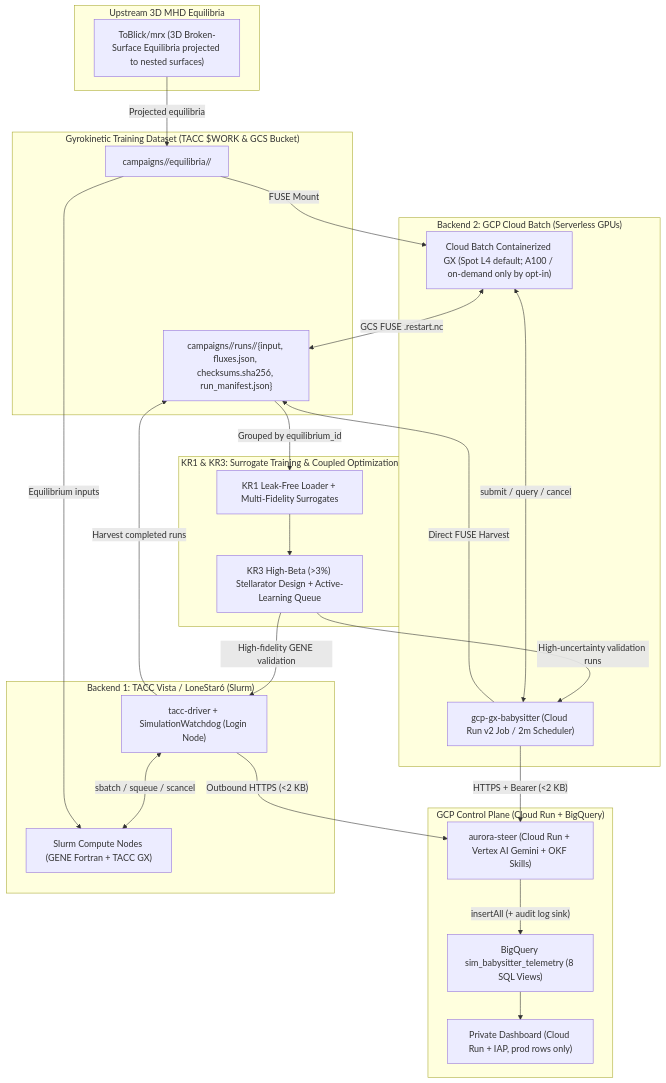
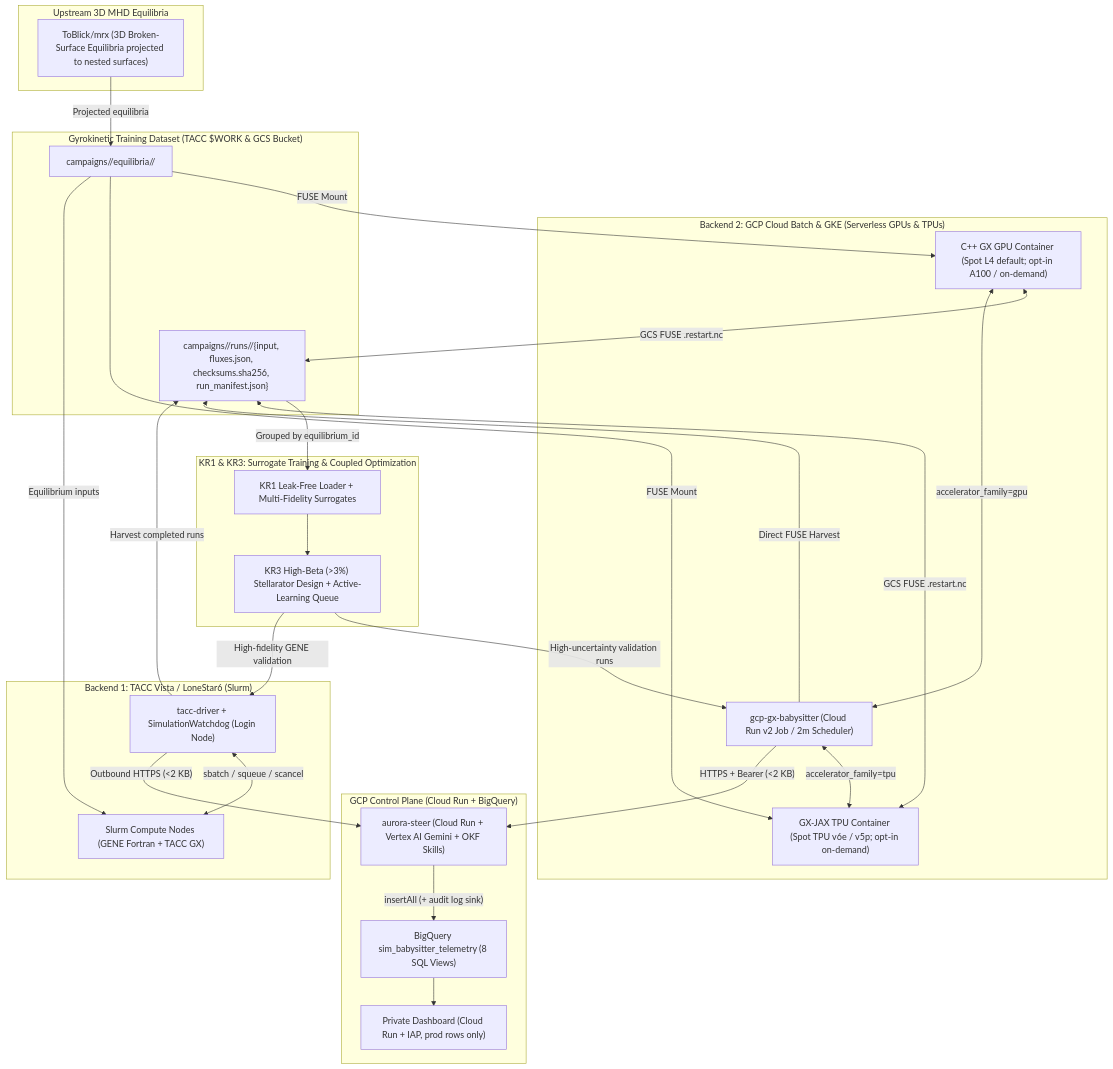
Before and after one commit to jburby88/GoogleAcceleratorAutomatedGKSimulations: the first of 2 diagrams in docs/architecture.md, drawn with Mermaid. The commit also changed other lines of this file and 1 other file, not shown here.

Commit message:
Update title and TPU architecture diagrams

````diff
--- a/docs/architecture.md
+++ b/docs/architecture.md
@@ -5,49 +5,53 @@
 ```mermaid
 flowchart TD
     subgraph EQ["Upstream 3D MHD Equilibria"]
         MRX["ToBlick/mrx (3D Broken-Surface Equilibria projected to nested surfaces)"]
     end
 
     subgraph GCP_CTRL["GCP Control Plane (Cloud Run + BigQuery)"]
         STEER["aurora-steer (Cloud Run + Vertex AI Gemini + OKF Skills)"]
         BQ["BigQuery sim_babysitter_telemetry (8 SQL Views)"]
         DASH["Private Dashboard (Cloud Run + IAP, prod rows only)"]
         STEER -->|"insertAll (+ audit log sink)"| BQ
         BQ --> DASH
     end
 
     subgraph TACC["Backend 1: TACC Vista / LoneStar6 (Slurm)"]
         TD["tacc-driver + SimulationWatchdog (Login Node)"]
         SLURM["Slurm Compute Nodes (GENE Fortran + TACC GX)"]
         TD <-->|"sbatch / squeue / scancel"| SLURM
     end
 
-    subgraph BATCH["Backend 2: GCP Cloud Batch (Serverless GPUs)"]
+    subgraph BATCH["Backend 2: GCP Cloud Batch & GKE (Serverless GPUs & TPUs)"]
         GB["gcp-gx-babysitter (Cloud Run v2 Job / 2m Scheduler)"]
-        CB["Cloud Batch Containerized GX (Spot L4 default; A100 / on-demand only by opt-in)"]
-        GB <-->|"submit / query / cancel"| CB
+        CB_GPU["C++ GX GPU Container (Spot L4 default; opt-in A100 / on-demand)"]
+        CB_TPU["GX-JAX TPU Container (Spot TPU v6e / v5p; opt-in on-demand)"]
+        GB <-->|"accelerator_family=gpu"| CB_GPU
+        GB <-->|"accelerator_family=tpu"| CB_TPU
     end
 
     subgraph DATA["Gyrokinetic Training Dataset (TACC $WORK & GCS Bucket)"]
         GCS_EQ["campaigns/<id>/equilibria/<equilibrium_id>/"]
         GCS_RUNS["campaigns/<id>/runs/<run_id>/{input, fluxes.json, checksums.sha256, run_manifest.json}"]
     end
 
     subgraph ML_OPT["KR1 & KR3: Surrogate Training & Coupled Optimization"]
         KR1["KR1 Leak-Free Loader + Multi-Fidelity Surrogates"]
         KR3["KR3 High-Beta (>3%) Stellarator Design + Active-Learning Queue"]
         KR1 --> KR3
     end
 
     MRX -->|"Projected equilibria"| GCS_EQ
-    GCS_EQ -->|"FUSE Mount"| CB
+    GCS_EQ -->|"FUSE Mount"| CB_GPU
+    GCS_EQ -->|"FUSE Mount"| CB_TPU
     GCS_EQ -->|"Equilibrium inputs"| SLURM
     TD -->|"Outbound HTTPS (<2 KB)"| STEER
     GB -->|"HTTPS + Bearer (<2 KB)"| STEER
     TD -->|"Harvest completed runs"| GCS_RUNS
-    CB <-->|"GCS FUSE .restart.nc"| GCS_RUNS
+    CB_GPU <-->|"GCS FUSE .restart.nc"| GCS_RUNS
+    CB_TPU <-->|"GCS FUSE .restart.nc"| GCS_RUNS
     GB -->|"Direct FUSE Harvest"| GCS_RUNS
     GCS_RUNS -->|"Grouped by equilibrium_id"| KR1
     KR3 -->|"High-uncertainty validation runs"| GB
     KR3 -->|"High-fidelity GENE validation"| TD
 ```
````
